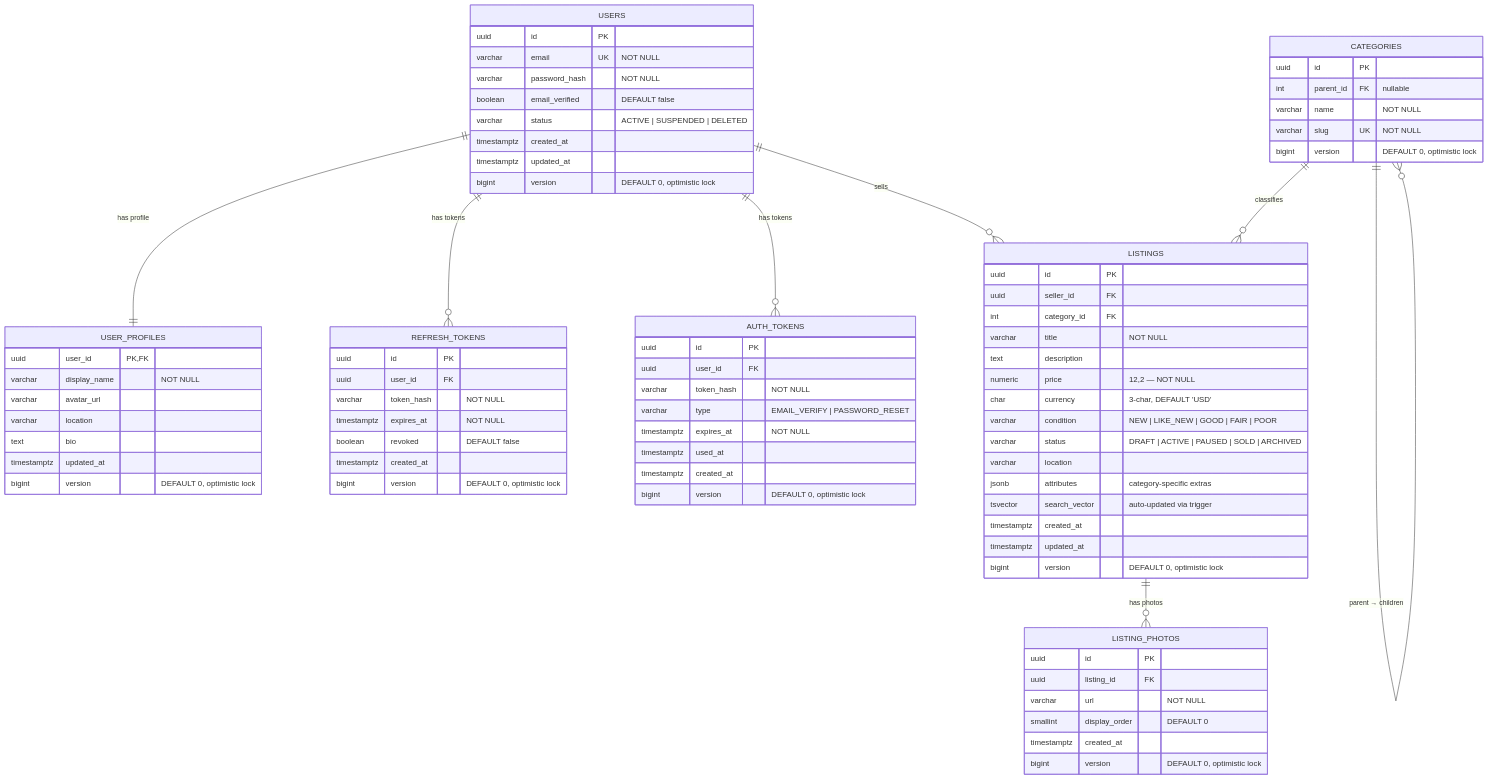
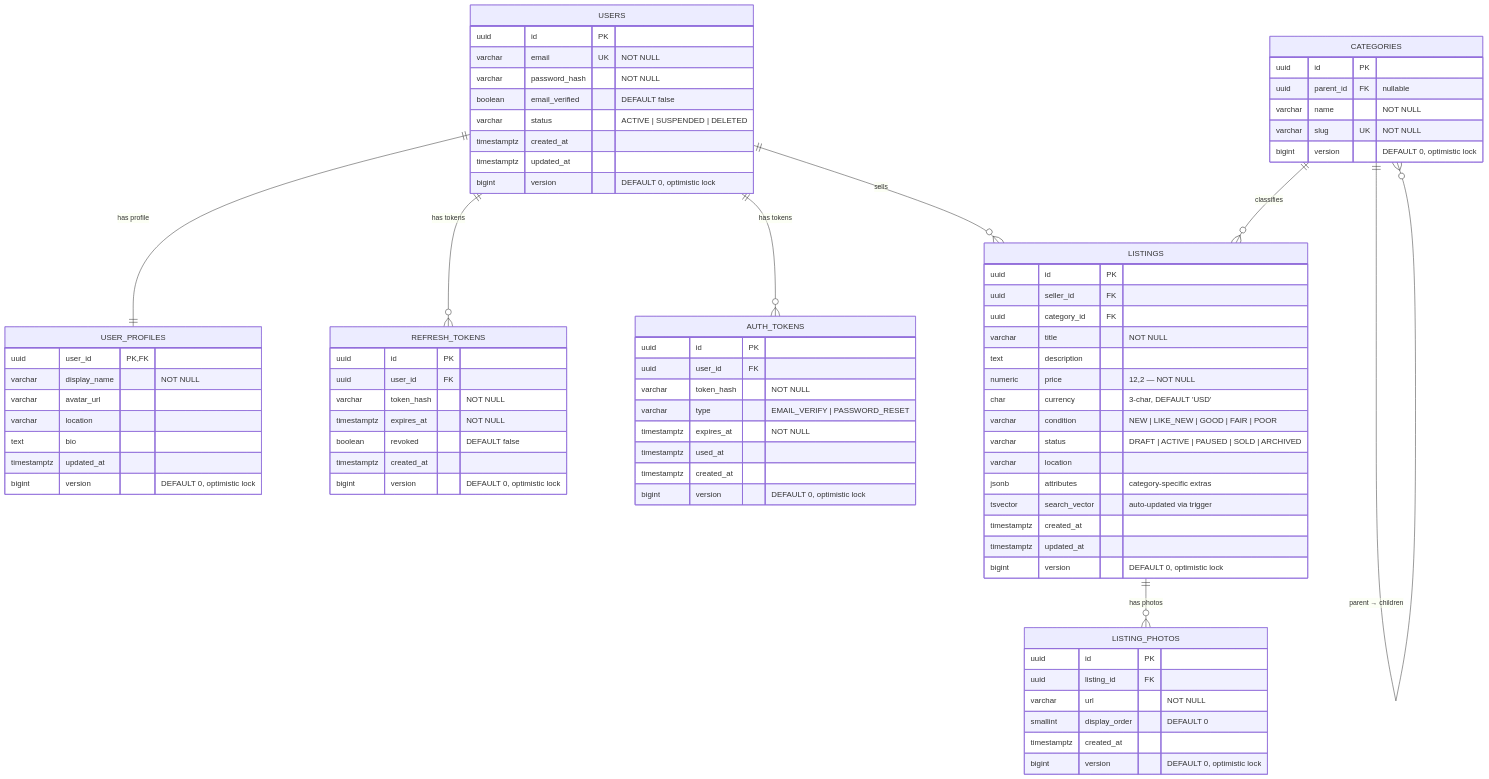
The diagram in architecture/database-schema.md (meradeya/docs), drawn with Mermaid before and after one commit. The commit also changed other lines of this file, not shown here.

Commit message:
Fix FKs on `categories` table

```diff
--- a/architecture/database-schema.md
+++ b/architecture/database-schema.md
@@ -56,7 +56,7 @@
 
     CATEGORIES {
         uuid id PK
-        int parent_id FK "nullable"
+        uuid parent_id FK "nullable"
         varchar name "NOT NULL"
         varchar slug UK "NOT NULL"
         bigint version "DEFAULT 0, optimistic lock"
@@ -65,7 +65,7 @@
     LISTINGS {
         uuid id PK
         uuid seller_id FK
-        int category_id FK
+        uuid category_id FK
         varchar title "NOT NULL"
         text description
         numeric price "12,2 — NOT NULL"
```
